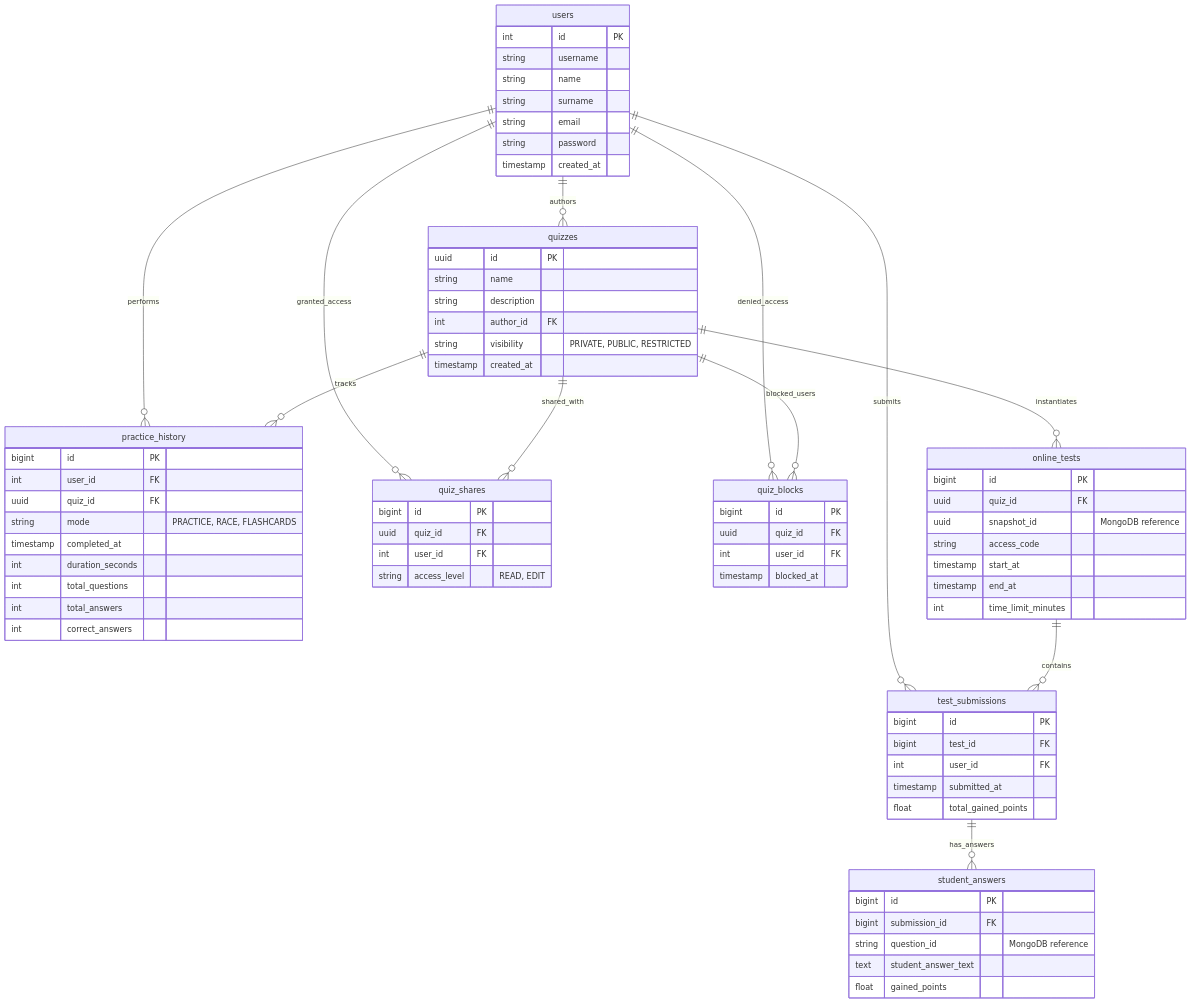
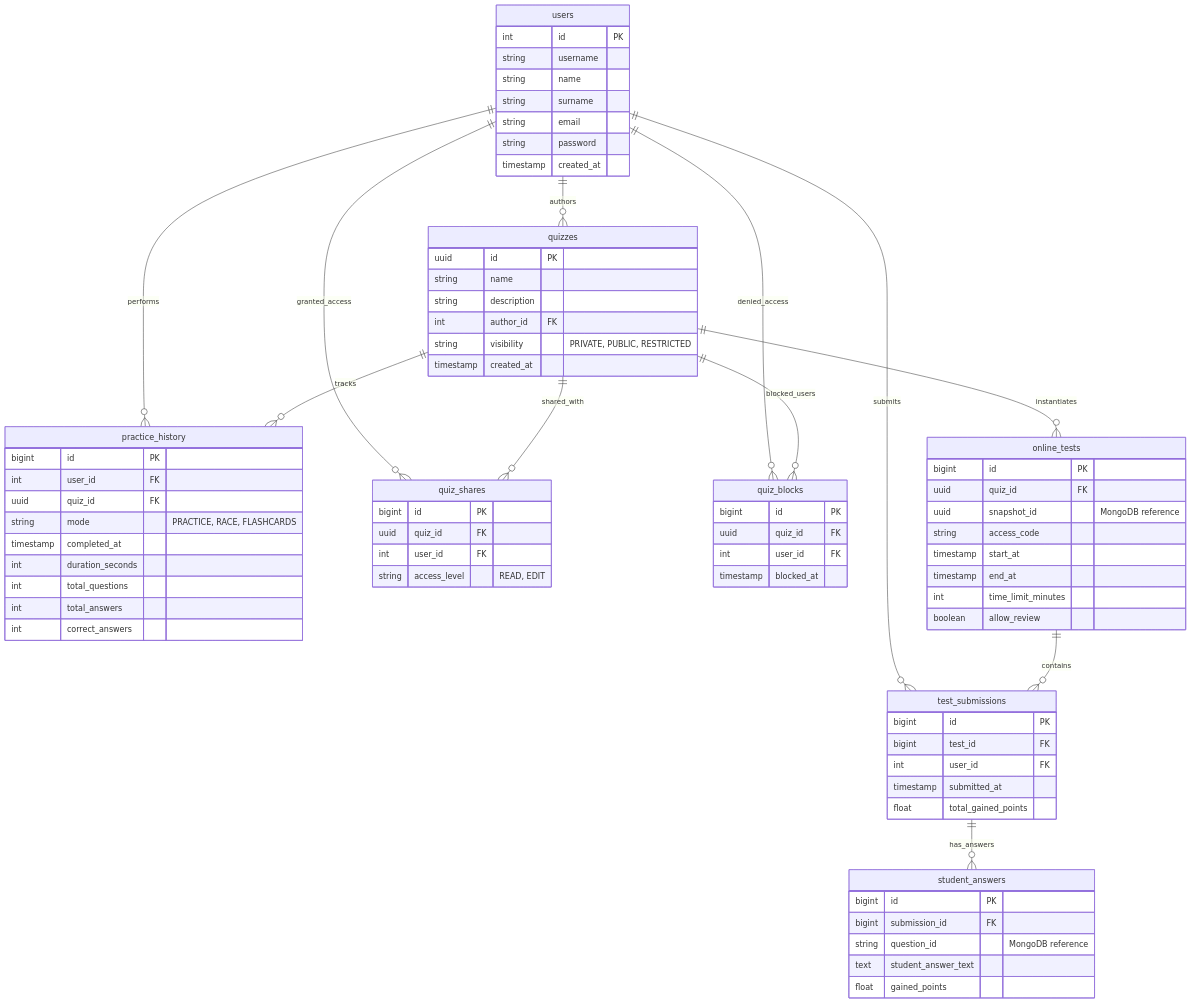
The diagram in README.md (azakhardev/Examo), drawn with Mermaid before and after one commit. The commit also changed other lines of this file and 6 other files, not shown here.

````diff
--- a/README.md
+++ b/README.md
@@ -17,80 +17,81 @@
 ```mermaid
 erDiagram
     users ||--o{ quizzes : "authors"
     users ||--o{ test_submissions : "submits"
     users ||--o{ practice_history : "performs"
     users ||--o{ quiz_shares : "granted_access"
     users ||--o{ quiz_blocks : "denied_access"
 
     quizzes ||--o{ online_tests : "instantiates"
     quizzes ||--o{ practice_history : "tracks"
     quizzes ||--o{ quiz_shares : "shared_with"
     quizzes ||--o{ quiz_blocks : "blocked_users"
 
     online_tests ||--o{ test_submissions : "contains"
     test_submissions ||--o{ student_answers : "has_answers"
 
     users {
         int id PK
         string username
         string name
         string surname
         string email
         string password
         timestamp created_at
     }
     quizzes {
         uuid id PK
         string name
         string description
         int author_id FK
         string visibility "PRIVATE, PUBLIC, RESTRICTED"
         timestamp created_at
     }
     quiz_shares {
         bigint id PK
         uuid quiz_id FK
         int user_id FK
         string access_level "READ, EDIT"
     }
     quiz_blocks {
         bigint id PK
         uuid quiz_id FK
         int user_id FK
         timestamp blocked_at
     }
     online_tests {
         bigint id PK
         uuid quiz_id FK
         uuid snapshot_id "MongoDB reference"
         string access_code
         timestamp start_at
         timestamp end_at
         int time_limit_minutes
+        boolean allow_review
     }
     test_submissions {
         bigint id PK
         bigint test_id FK
         int user_id FK
         timestamp submitted_at
         float total_gained_points
     }
     student_answers {
         bigint id PK
         bigint submission_id FK
         string question_id "MongoDB reference"
         text student_answer_text
         float gained_points
     }
     practice_history {
         bigint id PK
         int user_id FK
         uuid quiz_id FK
         string mode "PRACTICE, RACE, FLASHCARDS"
         timestamp completed_at
         int duration_seconds
         int total_questions
         int total_answers
         int correct_answers
     }
 ```
````
